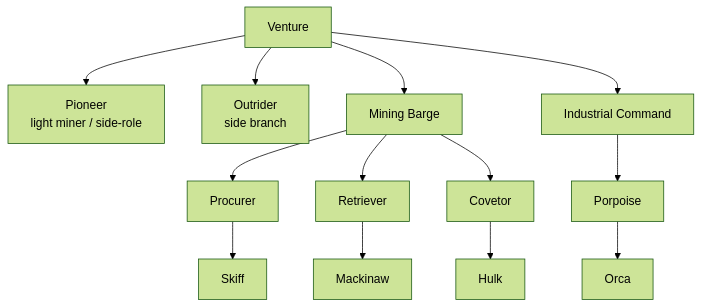
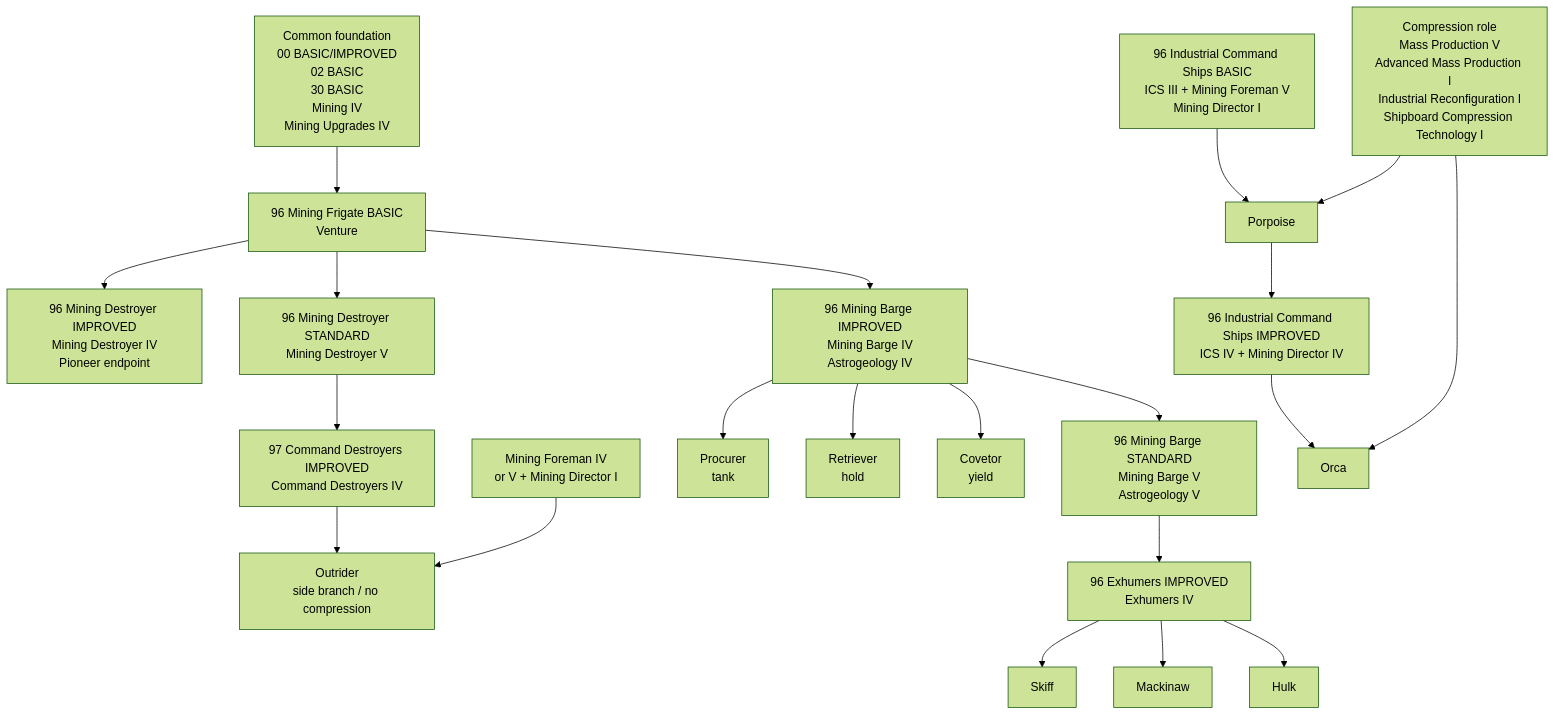
One commit to Blizbor/EvE-Modular-Skillplans changed the diagram in training-paths/mining/DIAGRAM-EN.md. Above: the diagram before and after it, drawn with Mermaid (forest theme). The commit also changed 32 other files, not shown here.

````diff
--- a/training-paths/mining/DIAGRAM-EN.md
+++ b/training-paths/mining/DIAGRAM-EN.md
@@ -5,13 +5,56 @@
 ```mermaid
 flowchart TD
-    V[Venture] --> P[Pioneer
-light miner / side-role]
-    V --> O[Outrider
-side branch]
-    V --> B[Mining Barge]
-    B --> PR[Procurer] --> SK[Skiff]
-    B --> RE[Retriever] --> MA[Mackinaw]
-    B --> CO[Covetor] --> HU[Hulk]
-    V --> IC[Industrial Command]
-    IC --> PO[Porpoise] --> OR[Orca]
+    C[Common foundation
+00 BASIC/IMPROVED
+02 BASIC
+30 BASIC
+Mining IV
+Mining Upgrades IV] --> V[96 Mining Frigate BASIC
+Venture]
+
+    V --> P[96 Mining Destroyer IMPROVED
+Mining Destroyer IV
+Pioneer endpoint]
+
+    V --> OS[96 Mining Destroyer STANDARD
+Mining Destroyer V]
+    OS --> CD[97 Command Destroyers IMPROVED
+Command Destroyers IV]
+    CD --> O[Outrider
+side branch / no compression]
+    MF[Mining Foreman IV
+or V + Mining Director I] --> O
+
+    V --> B[96 Mining Barge IMPROVED
+Mining Barge IV
+Astrogeology IV]
+    B --> PR[Procurer
+tank]
+    B --> RE[Retriever
+hold]
+    B --> CO[Covetor
+yield]
+
+    B --> BV[96 Mining Barge STANDARD
+Mining Barge V
+Astrogeology V]
+    BV --> EX[96 Exhumers IMPROVED
+Exhumers IV]
+    EX --> SK[Skiff]
+    EX --> MA[Mackinaw]
+    EX --> HU[Hulk]
+
+    IC[96 Industrial Command Ships BASIC
+ICS III + Mining Foreman V
+Mining Director I] --> PO[Porpoise]
+    PO --> ICI[96 Industrial Command Ships IMPROVED
+ICS IV + Mining Director IV]
+    ICI --> OR[Orca]
+
+    COMP[Compression role
+Mass Production V
+Advanced Mass Production I
+Industrial Reconfiguration I
+Shipboard Compression Technology I] --> PO
+    COMP --> OR
 ```
````
